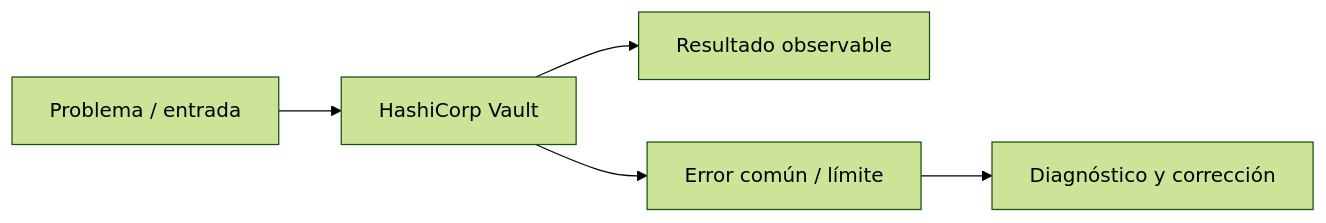
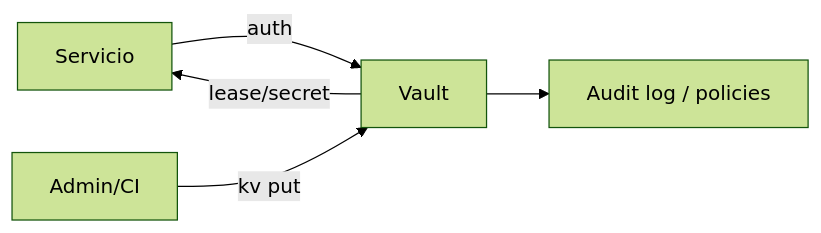
Before and after one commit to NICORUIZ93/The_Imperial_Book: the diagram in docs/cursos/springboot-microservicios-desde-cero/fichas/m09-l09-hashicorp-vault.md, drawn with Mermaid (forest theme). The commit also changed other lines of this file and 119 other files, not shown here.

````diff
--- a/docs/cursos/springboot-microservicios-desde-cero/fichas/m09-l09-hashicorp-vault.md
+++ b/docs/cursos/springboot-microservicios-desde-cero/fichas/m09-l09-hashicorp-vault.md
@@ -19,7 +27,7 @@
 ```mermaid
 flowchart LR
-  A[Problema / entrada] --> B[HashiCorp Vault]
-  B --> C[Resultado observable]
-  B --> D[Error común / límite]
-  D --> E[Diagnóstico y corrección]
+  App[Servicio] -->|auth| V[Vault]
+  V -->|lease/secret| App
+  Admin[Admin/CI] -->|kv put| V
+  V --> A[Audit log / policies]
 ```
````
